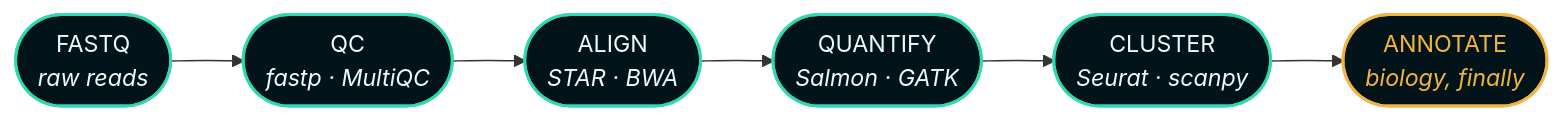
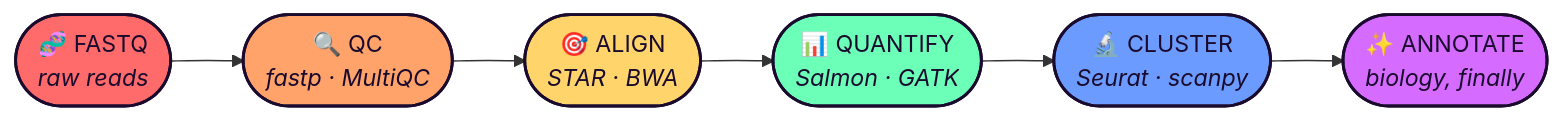
Before and after one commit to Bioinformatician-dev/Bioinformatician-dev: the diagram in README.md, drawn with Mermaid. The commit also changed other lines of this file, not shown here.

````diff
--- a/README.md
+++ b/README.md
@@ -46,13 +52,21 @@
 ```mermaid
 flowchart LR
-    A(["FASTQ<br/><i>raw reads</i>"]) --> B(["QC<br/><i>fastp · MultiQC</i>"])
-    B --> C(["ALIGN<br/><i>STAR · BWA</i>"])
-    C --> D(["QUANTIFY<br/><i>Salmon · GATK</i>"])
-    D --> E(["CLUSTER<br/><i>Seurat · scanpy</i>"])
-    E --> F(["ANNOTATE<br/><i>biology, finally</i>"])
+    A(["🧬 FASTQ<br/><i>raw reads</i>"]) --> B(["🔍 QC<br/><i>fastp · MultiQC</i>"])
+    B --> C(["🎯 ALIGN<br/><i>STAR · BWA</i>"])
+    C --> D(["📊 QUANTIFY<br/><i>Salmon · GATK</i>"])
+    D --> E(["🔬 CLUSTER<br/><i>Seurat · scanpy</i>"])
+    E --> F(["✨ ANNOTATE<br/><i>biology, finally</i>"])
 
-    classDef step fill:#02141A,stroke:#2FD9B0,stroke-width:2px,color:#EAFFF9
-    classDef last fill:#02141A,stroke:#F2B441,stroke-width:2px,color:#F2B441
-    class A,B,C,D,E step
-    class F last
+    classDef step1 fill:#FF6B6B,stroke:#1A0B2E,stroke-width:2px,color:#1A0B2E
+    classDef step2 fill:#FFA36B,stroke:#1A0B2E,stroke-width:2px,color:#1A0B2E
+    classDef step3 fill:#FFD56B,stroke:#1A0B2E,stroke-width:2px,color:#1A0B2E
+    classDef step4 fill:#6BFFB8,stroke:#1A0B2E,stroke-width:2px,color:#1A0B2E
+    classDef step5 fill:#6B9BFF,stroke:#1A0B2E,stroke-width:2px,color:#1A0B2E
+    classDef step6 fill:#D56BFF,stroke:#1A0B2E,stroke-width:2px,color:#1A0B2E
+    class A step1
+    class B step2
+    class C step3
+    class D step4
+    class E step5
+    class F step6
 ```
````
